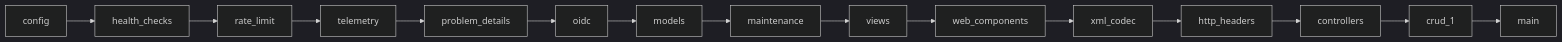
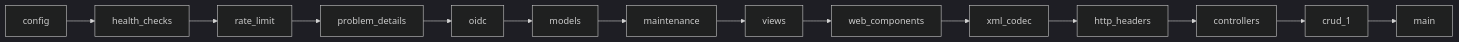
One commit to craftainer/template-fastapi changed the first of 2 diagrams in src/app/README.md. Above: the diagram before and after it, drawn with Mermaid (dark theme). The commit also changed other lines of this file and 150 other files, not shown here.

````diff
--- a/src/app/README.md
+++ b/src/app/README.md
@@ -111,7 +109,7 @@
 ```mermaid
 graph LR
-    config --> health_checks --> rate_limit --> telemetry
-    telemetry --> problem_details --> oidc --> models --> maintenance
+    config --> health_checks --> rate_limit --> problem_details
+    problem_details --> oidc --> models --> maintenance
     maintenance --> views --> web_components --> xml_codec
     xml_codec --> http_headers --> controllers --> crud_1 --> main
 ```
````
